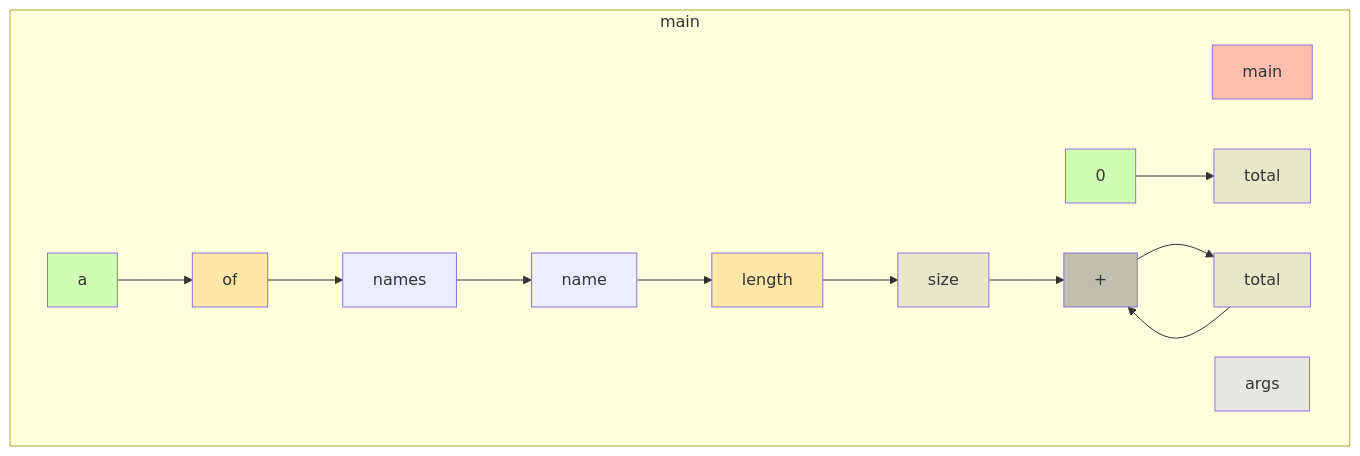
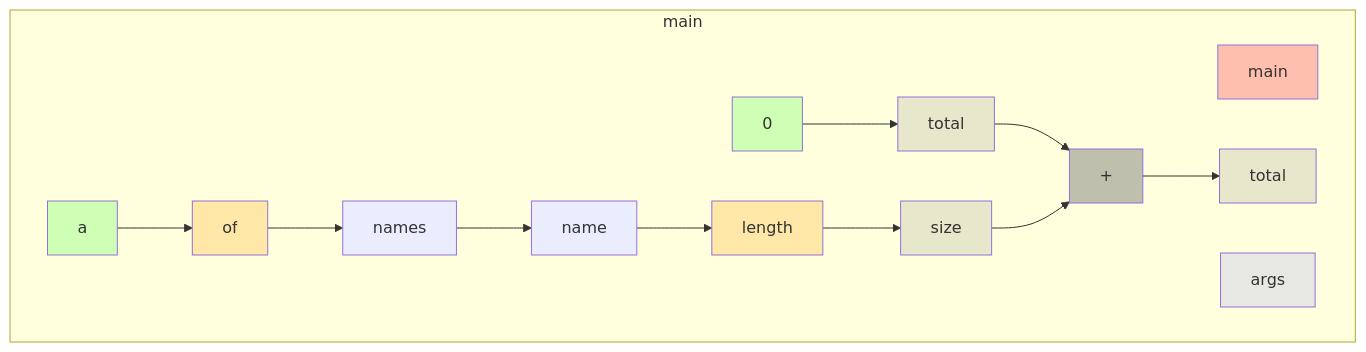
One commit to gstiebler/codeflow changed the diagram in app/src/test/resources/enhancedFor/truth.md. Above: the diagram before and after it, drawn with Mermaid. The commit also changed 48 other files, not shown here.

````diff
--- a/app/src/test/resources/enhancedFor/truth.md
+++ b/app/src/test/resources/enhancedFor/truth.md
@@ -1,32 +1,32 @@
 ```mermaid
 flowchart TD
   subgraph b0["main"]
     n1[main]:::RETURN
     n2[args]:::FUNC_PARAM
-    n3[names]:::OBJ_VARIABLE
-    n4["a"]:::LITERAL
-    n5[of]:::EXTERNAL
-    n6[total]:::VARIABLE
-    n7[0]:::LITERAL
+    n3["a"]:::LITERAL
+    n4[of]:::EXTERNAL
+    n5[names]:::OBJ_VARIABLE
+    n6[0]:::LITERAL
+    n7[total]:::VARIABLE
     n8[name]:::OBJ_VARIABLE
-    n9[size]:::VARIABLE
-    n10[length]:::EXTERNAL
-    n11[total]:::VARIABLE
-    n12[+]:::BIN_OP
-    n3[names]:::OBJ_VARIABLE --> n8[name]:::OBJ_VARIABLE
-    n4["a"]:::LITERAL --> n5[of]:::EXTERNAL
-    n5[of]:::EXTERNAL --> n3[names]:::OBJ_VARIABLE
-    n7[0]:::LITERAL --> n6[total]:::VARIABLE
-    n8[name]:::OBJ_VARIABLE --> n10[length]:::EXTERNAL
-    n9[size]:::VARIABLE --> n12[+]:::BIN_OP
-    n10[length]:::EXTERNAL --> n9[size]:::VARIABLE
-    n11[total]:::VARIABLE --> n12[+]:::BIN_OP
-    n12[+]:::BIN_OP --> n11[total]:::VARIABLE
+    n9[length]:::EXTERNAL
+    n10[size]:::VARIABLE
+    n11[+]:::BIN_OP
+    n12[total]:::VARIABLE
+    n3["a"]:::LITERAL --> n4[of]:::EXTERNAL
+    n4[of]:::EXTERNAL --> n5[names]:::OBJ_VARIABLE
+    n5[names]:::OBJ_VARIABLE --> n8[name]:::OBJ_VARIABLE
+    n6[0]:::LITERAL --> n7[total]:::VARIABLE
+    n7[total]:::VARIABLE --> n11[+]:::BIN_OP
+    n8[name]:::OBJ_VARIABLE --> n9[length]:::EXTERNAL
+    n9[length]:::EXTERNAL --> n10[size]:::VARIABLE
+    n10[size]:::VARIABLE --> n11[+]:::BIN_OP
+    n11[+]:::BIN_OP --> n12[total]:::VARIABLE
   end
   classDef LITERAL fill:#00FF0030
   classDef VARIABLE fill:#80808030
   classDef BIN_OP fill:#80808080
   classDef FUNC_PARAM fill:#8080FF30
   classDef RETURN fill:#FF808080
   classDef EXTERNAL fill:#FFA50040
 ```
````
